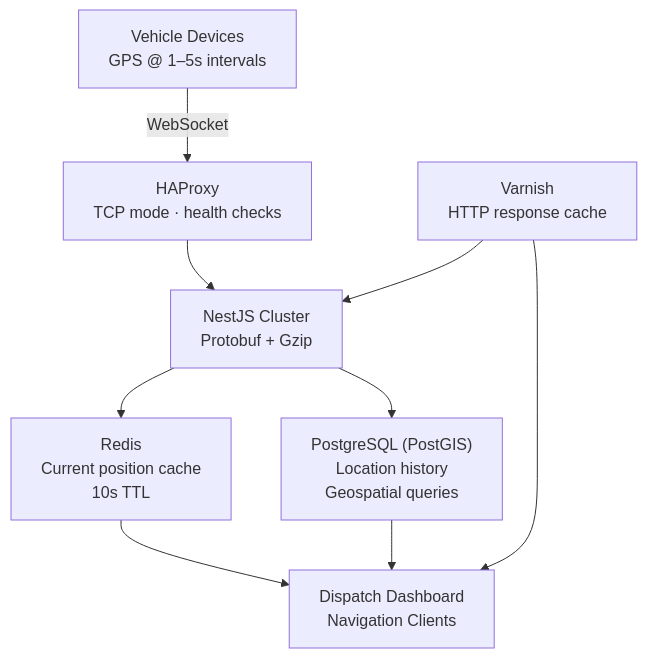
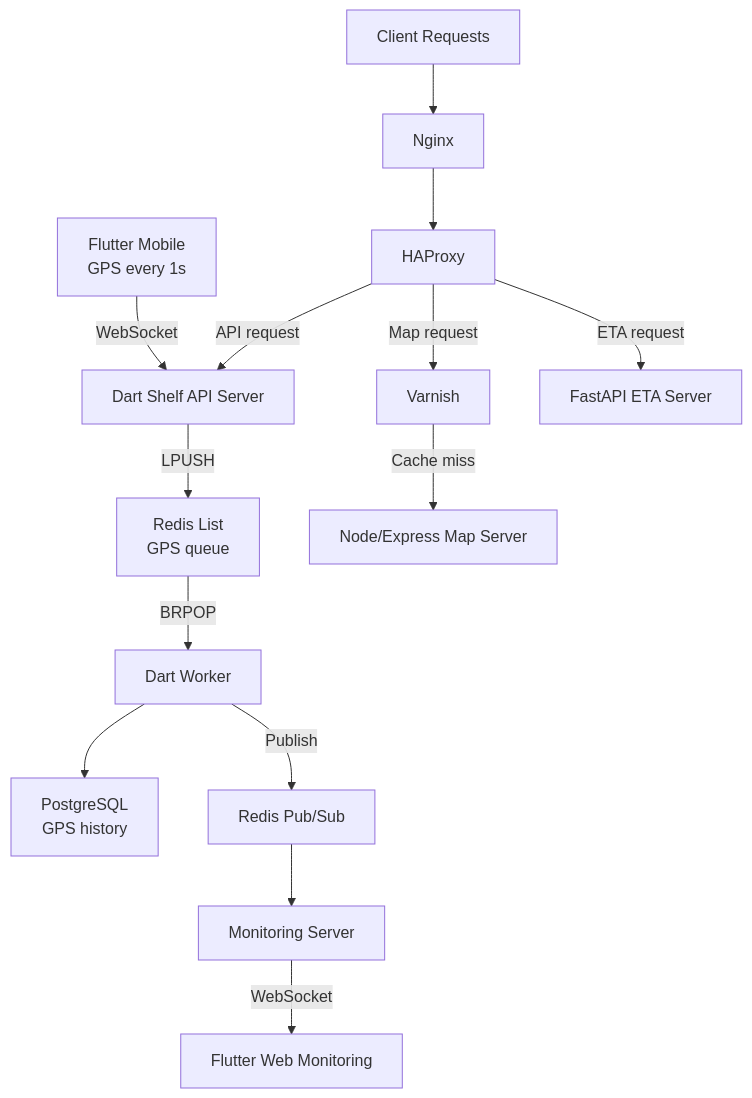
The diagram in content/en/projects/realtime-platform.mdx (Kaewdisorn/portfolio), drawn with Mermaid before and after one commit. The commit also changed other lines of this file and 1 other file, not shown here.

````diff
--- a/content/en/projects/realtime-platform.mdx
+++ b/content/en/projects/realtime-platform.mdx
@@ -64,11 +83,16 @@
 ```mermaid
 flowchart TD
-    VD["Vehicle Devices\nGPS @ 1–5s intervals"] -->|WebSocket| LB["HAProxy\nTCP mode · health checks"]
-    LB --> NJ["NestJS Cluster\nProtobuf + Gzip"]
-    NJ --> RD["Redis\nCurrent position cache\n10s TTL"]
-    NJ --> PG["PostgreSQL (PostGIS)\nLocation history\nGeospatial queries"]
-    RD --> DS["Dispatch Dashboard\nNavigation Clients"]
-    PG --> DS
-    VC["Varnish\nHTTP response cache"] --> DS
-    VC --> NJ
+    FM["Flutter Mobile\nGPS every 1s"] -->|WebSocket| DS["Dart Shelf API Server"]
+    DS -->|LPUSH| RQ["Redis List\nGPS queue"]
+    RQ -->|BRPOP| WK["Dart Worker"]
+    WK --> PG["PostgreSQL\nGPS history"]
+    WK -->|Publish| RP["Redis Pub/Sub"]
+    RP --> MS["Monitoring Server"]
+    MS -->|WebSocket| FW["Flutter Web Monitoring"]
+    CL["Client Requests"] --> NG["Nginx"]
+    NG --> HP["HAProxy"]
+    HP -->|Map request| VA["Varnish"]
+    VA -->|Cache miss| MP["Node/Express Map Server"]
+    HP -->|API request| DS
+    HP -->|ETA request| ETA["FastAPI ETA Server"]
 ```
````
